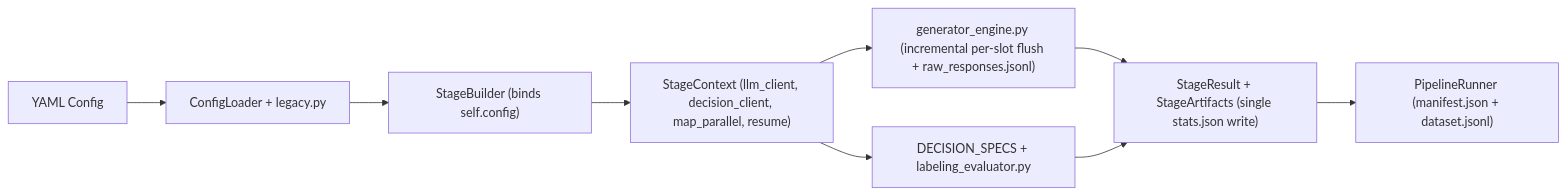
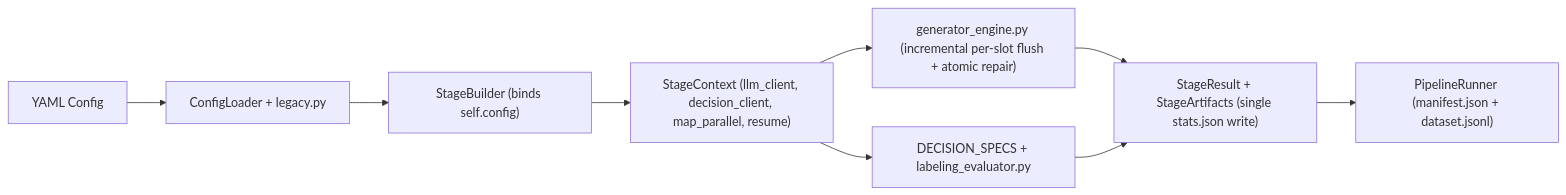
The diagram in docs/tasks/pipeline-architecture-review/pr-description.md (jayshah5696/arka), drawn with Mermaid before and after one commit. The commit also changed other lines of this file and 3 other files, not shown here.

````diff
--- a/docs/tasks/pipeline-architecture-review/pr-description.md
+++ b/docs/tasks/pipeline-architecture-review/pr-description.md
@@ -59,11 +59,11 @@
 ```mermaid
 flowchart LR
     Config["YAML Config"] --> Loader["ConfigLoader + legacy.py"]
     Loader --> Builder["StageBuilder (binds self.config)"]
     Builder --> Context["StageContext (llm_client, decision_client, map_parallel, resume)"]
-    Context --> Gen["generator_engine.py (incremental per-slot flush + raw_responses.jsonl)"]
+    Context --> Gen["generator_engine.py (incremental per-slot flush + atomic repair)"]
     Context --> Eval["DECISION_SPECS + labeling_evaluator.py"]
     Gen --> Artifacts["StageResult + StageArtifacts (single stats.json write)"]
     Eval --> Artifacts
     Artifacts --> Runner["PipelineRunner (manifest.json + dataset.jsonl)"]
 ```
````
